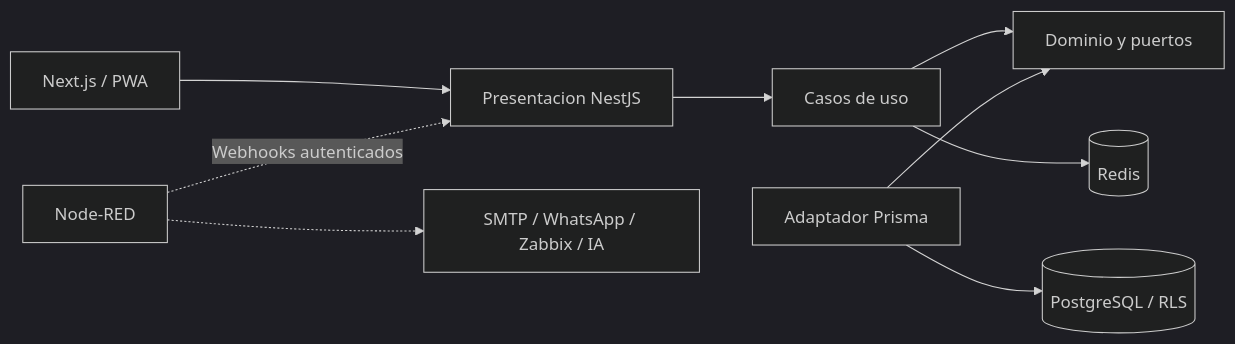
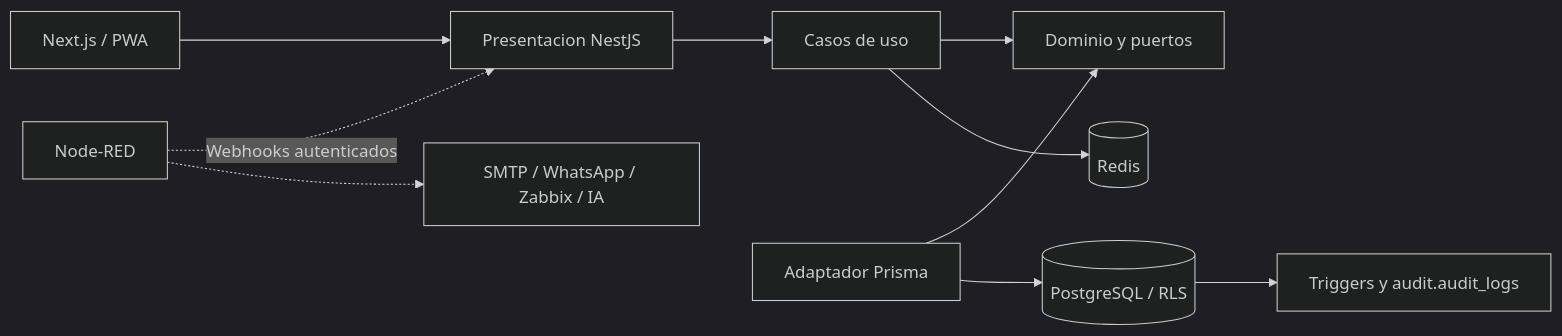
One commit to C-David28/essalud-ticket-system changed the first of 2 diagrams in README.md. Above: the diagram before and after it, drawn with Mermaid (dark theme). The commit also changed other lines of this file and 13 other files, not shown here.

Commit message:
feat(audit): add transactional append-only audit logs

````diff
--- a/README.md
+++ b/README.md
@@ -42,11 +45,12 @@
 ```mermaid
 flowchart LR
   WEB[Next.js / PWA] --> API[Presentacion NestJS]
   API --> APP[Casos de uso]
   APP --> DOM[Dominio y puertos]
   PRISMA[Adaptador Prisma] --> DOM
   PRISMA --> PG[(PostgreSQL / RLS)]
+  PG --> AUDIT[Triggers y audit.audit_logs]
   APP --> REDIS[(Redis)]
   NR[Node-RED] -. Webhooks autenticados .-> API
   NR -.-> INT[SMTP / WhatsApp / Zabbix / IA]
 ```
````
